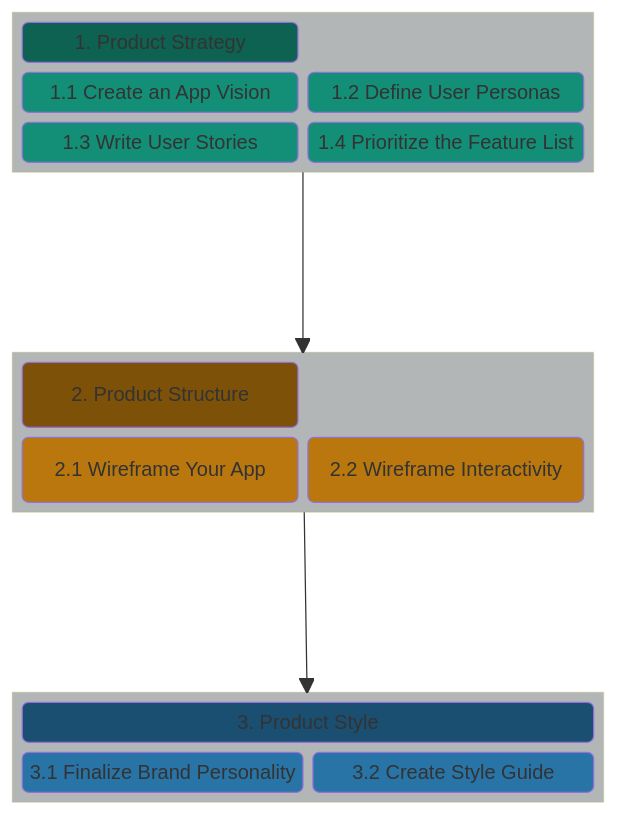
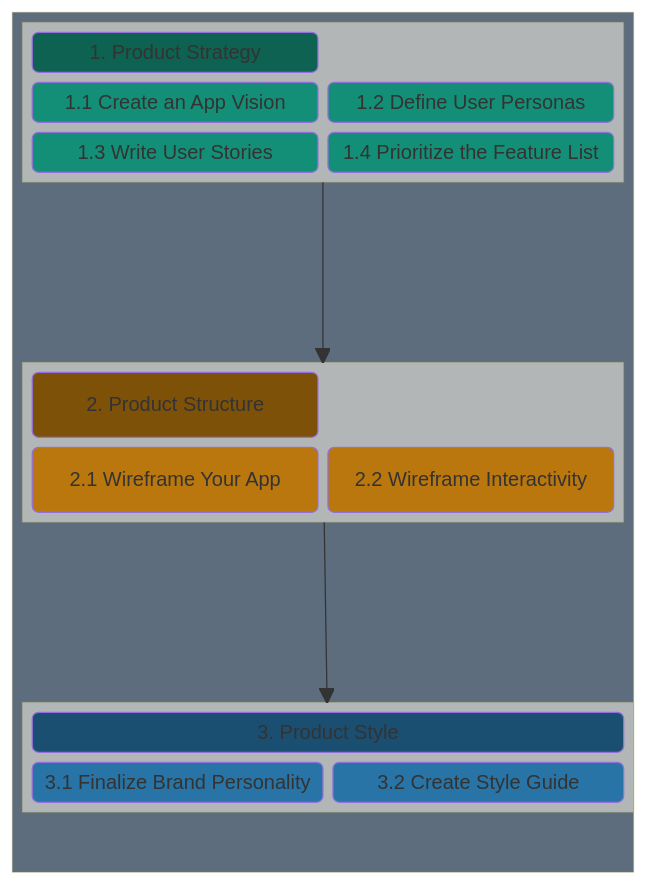
Before and after one commit to chingu-voyages/Handbook: the first of 3 diagrams in docs/resources/techresources/uiux.md, drawn with Mermaid.

Commit message:
Feature: Add dark background to UI/UX diagram

````diff
--- a/docs/resources/techresources/uiux.md
+++ b/docs/resources/techresources/uiux.md
@@ -15,45 +15,50 @@
 ```mermaid
 block-beta
-columns 1
-  block:STRATEGY
-    columns 2
-    A("1. Product Strategy"):2
-    B("1.1 Create an App Vision")
-    C("1.2 Define User Personas")
-    D("1.3 Write User Stories")
-    E("1.4 Prioritize the Feature List")
+block:CONTAINER
+  columns 1
+    block:STRATEGY
+      columns 2
+      A("1. Product Strategy"):2
+      B("1.1 Create an App Vision")
+      C("1.2 Define User Personas")
+      D("1.3 Write User Stories")
+      E("1.4 Prioritize the Feature List")
+    end
+    space
+    block:STRUCTURE
+      columns 2
+      G("2. Product Structure"):2
+      J("2.1 Wireframe Your App")
+      L("2.2 Wireframe Interactivity")
+    end
+    space
+    STRATEGY --> STRUCTURE
+    block:STYLE
+      columns 2
+      M("3. Product Style"):2
+      N("3.1 Finalize Brand Personality")
+      O("3.2 Create Style Guide")
+    end
   end
-  space
-  block:STRUCTURE
-    columns 2
-    G("2. Product Structure"):2
-    J("2.1 Wireframe Your App")
-    L("2.2 Wireframe Interactivity")
-  end
-  space
-  STRATEGY --> STRUCTURE
-  block:STYLE
-    columns 2
-    M("3. Product Style"):2
-    N("3.1 Finalize Brand Personality")
-    O("3.2 Create Style Guide")
-  end
+
   STRUCTURE --> STYLE
+
+  style CONTAINER fill:#5d6d7e
   style A fill:#0e6251
   style B fill:#148f77
   style C fill:#148f77
   style D fill:#148f77
   style E fill:#148f77
 
   style G fill:#7e5109
   style J fill:#b9770e
   style L fill:#b9770e
 
   style M fill:#1b4f72
   style N fill:#2874a6
   style O fill:#2874a6
 
   style STRATEGY fill:#b3b6b7
   style STRUCTURE fill:#b3b6b7
   style STYLE fill:#b3b6b7
 ```
````
